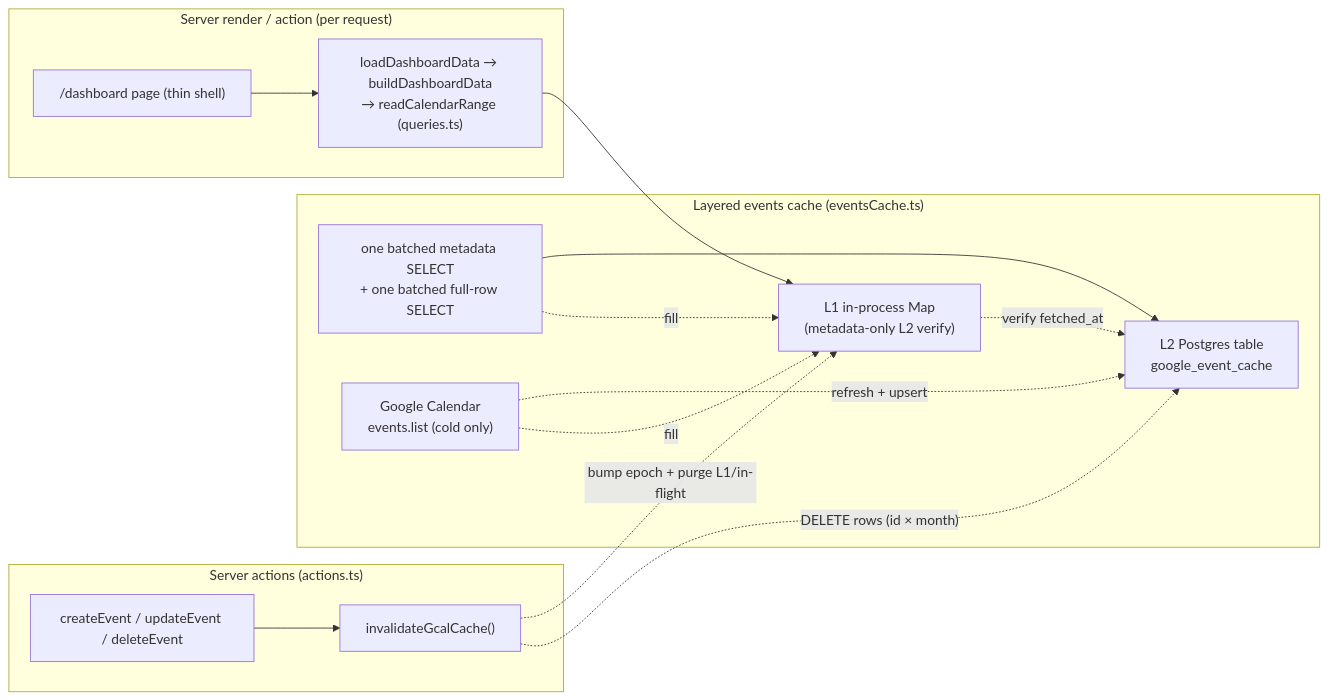
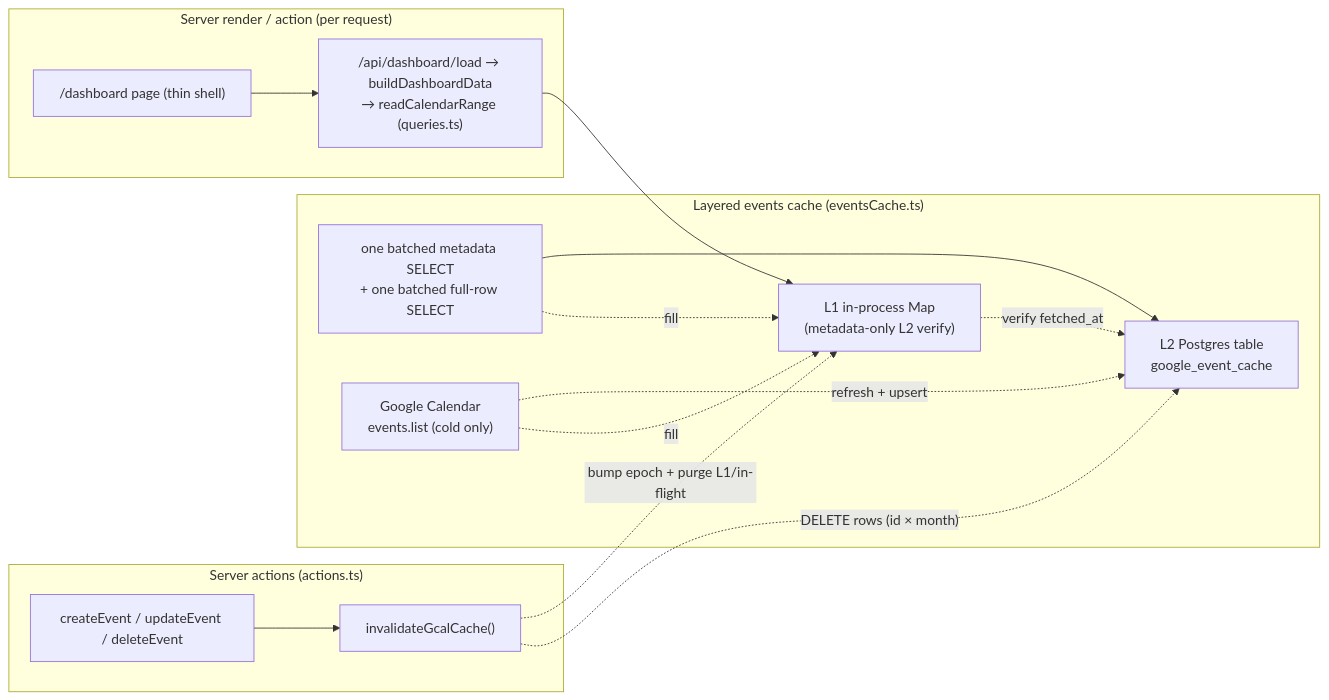
Before and after one commit to oncloudnintynineone-source/cloudy2: the first of 7 diagrams in docs/events-cache.md, drawn with Mermaid. The commit also changed other lines of this file and 38 other files, not shown here.

````diff
--- a/docs/events-cache.md
+++ b/docs/events-cache.md
@@ -87,26 +87,26 @@
 ```mermaid
 flowchart LR
  subgraph RSC["Server render / action (per request)"]
  D["/dashboard page (thin shell)"]
- FM["loadDashboardData → buildDashboardData<br/>→ readCalendarRange (queries.ts)"]
+ FM["/api/dashboard/load → buildDashboardData<br/>→ readCalendarRange (queries.ts)"]
  end
  subgraph CACHE["Layered events cache (eventsCache.ts)"]
  L1["L1 in-process Map<br/>(metadata-only L2 verify)"]
  L2["L2 Postgres table<br/>google_event_cache"]
  L2q["one batched metadata SELECT<br/>+ one batched full-row SELECT"]
  G["Google Calendar<br/>events.list (cold only)"]
  L1 -. "verify fetched_at" .-> L2
  L2q --> L2
  L2q -. "fill" .-> L1
  G -. "refresh + upsert" .-> L2
  G -. "fill" .-> L1
  end
  subgraph MUT["Server actions (actions.ts)"]
  CRUD["createEvent / updateEvent / deleteEvent"]
  INV["invalidateGcalCache()"]
  CRUD --> INV
  INV -. "bump epoch + purge L1/in-flight" .-> L1
  INV -. "DELETE rows (id × month)" .-> L2
  end
  D --> FM --> L1
 ```
````
